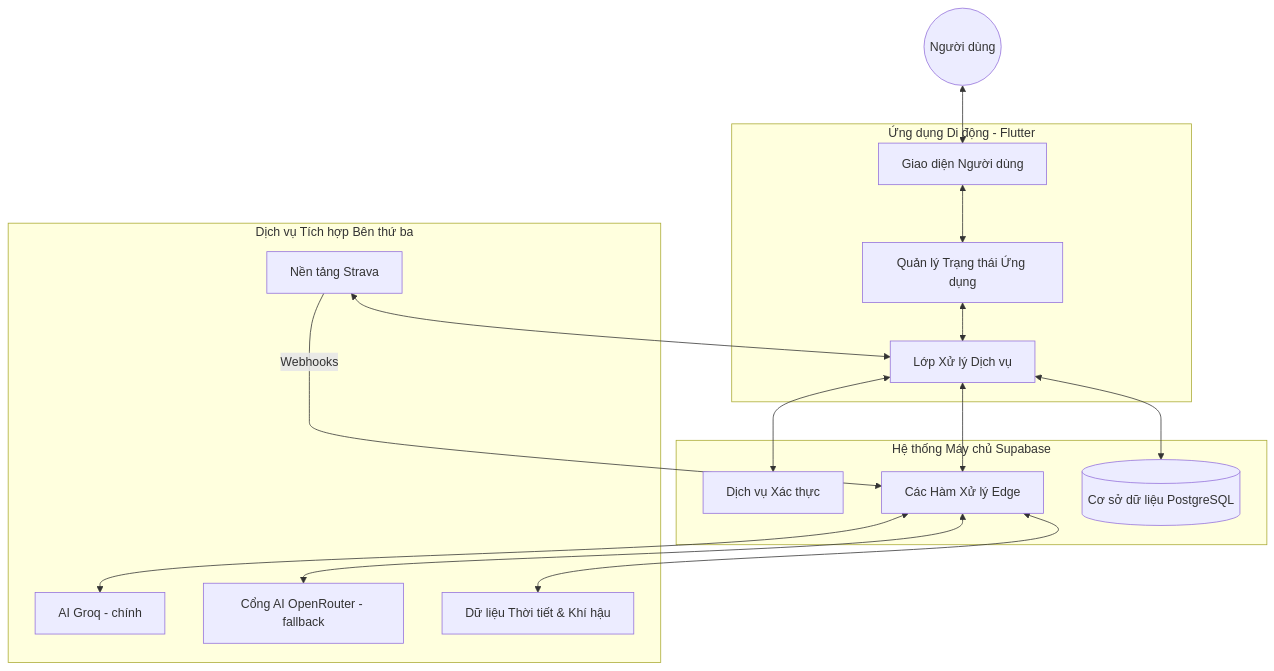
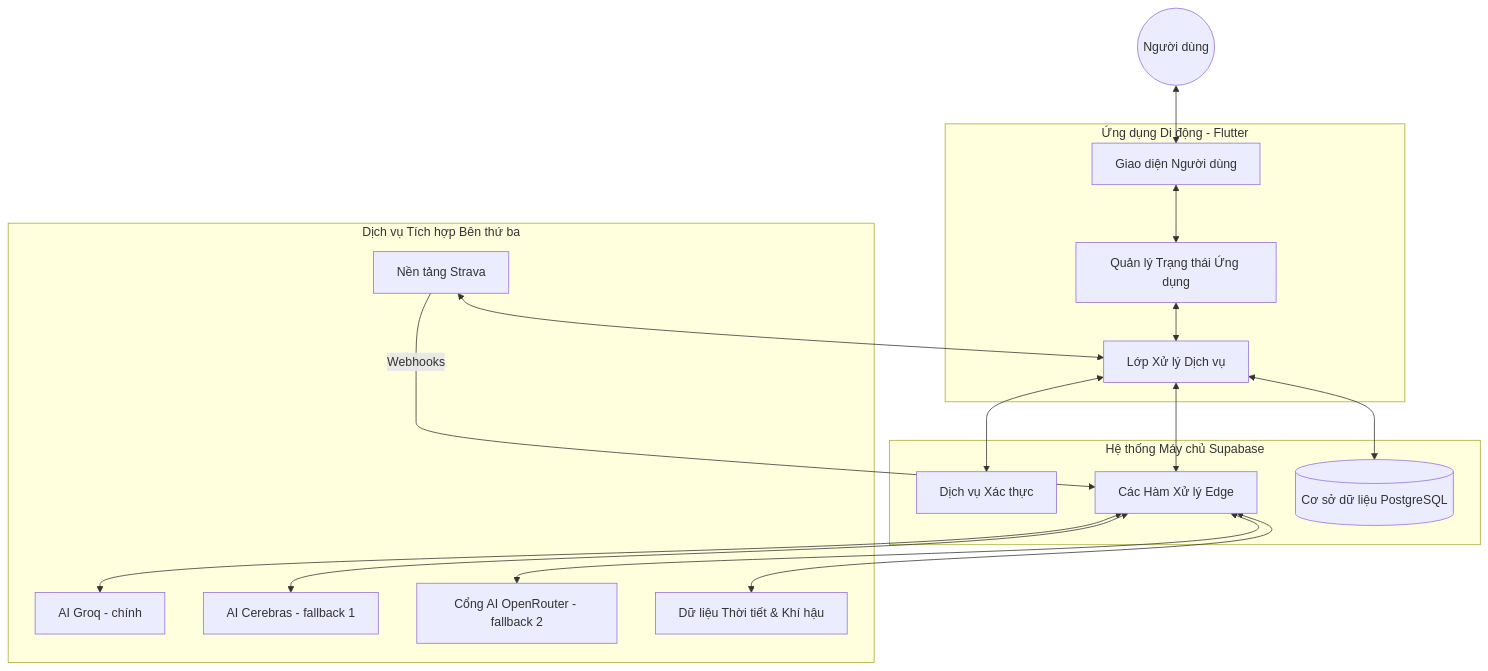
One commit to k4spi4n/runny-ai changed the diagram in docs/architecture.md. Above: the diagram before and after it, drawn with Mermaid. The commit also changed other lines of this file and 6 other files, not shown here.

Commit message:
Add Cerebras AI fallback

````diff
--- a/docs/architecture.md
+++ b/docs/architecture.md
@@ -7,37 +7,39 @@
 ```mermaid
 flowchart TB
     User((Người dùng))
     
     subgraph Client [Ứng dụng Di động - Flutter]
         UI[Giao diện Người dùng]
         Services[Lớp Xử lý Dịch vụ]
         Provider[Quản lý Trạng thái Ứng dụng]
     end
     
     subgraph Backend [Hệ thống Máy chủ Supabase]
         Auth[Dịch vụ Xác thực]
         Functions[Các Hàm Xử lý Edge]
         DB[(Cơ sở dữ liệu PostgreSQL)]
     end
     
     subgraph External [Dịch vụ Tích hợp Bên thứ ba]
         Groq[AI Groq - chính]
-        OpenRouter[Cổng AI OpenRouter - fallback]
+        Cerebras[AI Cerebras - fallback 1]
+        OpenRouter[Cổng AI OpenRouter - fallback 2]
         Strava[Nền tảng Strava]
         Weather[Dữ liệu Thời tiết & Khí hậu]
     end
 
     User <--> UI
     UI <--> Provider
     Provider <--> Services
     
     Services <--> Auth
     Services <--> DB
     Services <--> Functions
     
     Functions <--> Groq
+    Functions <--> Cerebras
     Functions <--> OpenRouter
     Functions <--> Weather
     Strava -- Webhooks --> Functions
     Strava <--> Services
 ```
````
